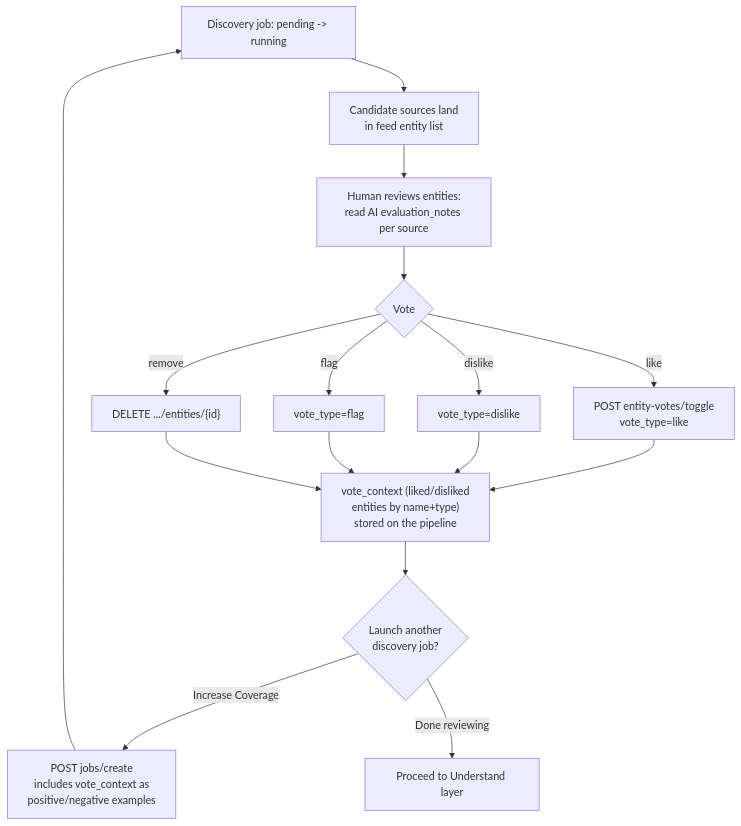
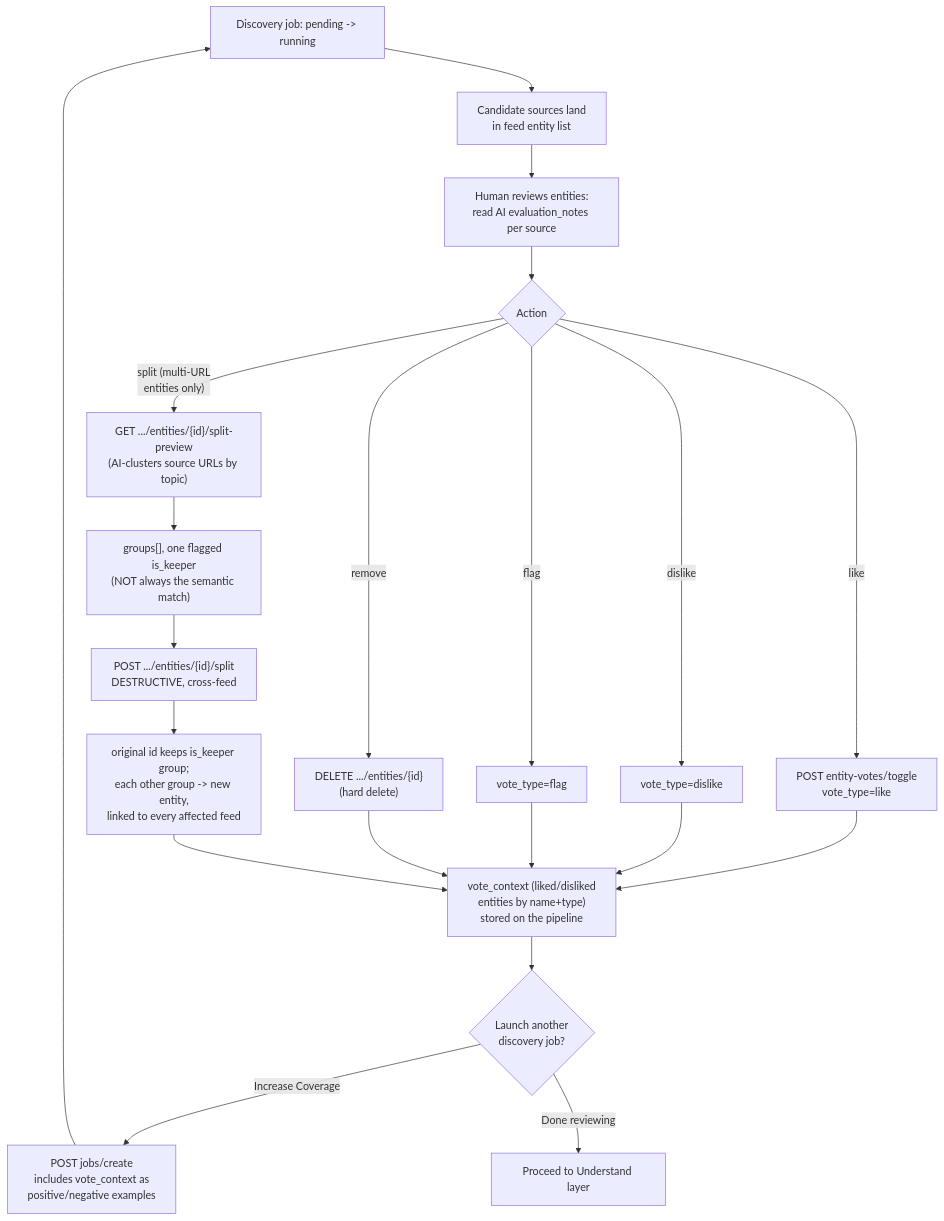
Before and after one commit to FilterLabsAI/ubiquity-skills: the third of 5 diagrams in skills/ubiquity-onboarding/references/flowcharts.md, drawn with Mermaid. The commit also changed other lines of this file and 7 other files, not shown here.

````diff
--- a/skills/ubiquity-onboarding/references/flowcharts.md
+++ b/skills/ubiquity-onboarding/references/flowcharts.md
@@ -48,15 +54,19 @@
 ```mermaid
 flowchart TD
     A["Discovery job: pending -> running"] --> B["Candidate sources land\nin feed entity list"]
     B --> C["Human reviews entities:\nread AI evaluation_notes per source"]
-    C --> D{"Vote"}
+    C --> D{"Action"}
     D -->|like| E["POST entity-votes/toggle\nvote_type=like"]
     D -->|dislike| F["vote_type=dislike"]
     D -->|flag| G["vote_type=flag"]
-    D -->|remove| H["DELETE .../entities/{id}"]
-    E & F & G & H --> I["vote_context (liked/disliked\nentities by name+type)\nstored on the pipeline"]
+    D -->|remove| H["DELETE .../entities/{id}\n(hard delete)"]
+    D -->|"split (multi-URL\nentities only)"| S1["GET .../entities/{id}/split-preview\n(AI-clusters source URLs by topic)"]
+    S1 --> S2["groups[], one flagged is_keeper\n(NOT always the semantic match)"]
+    S2 --> S3["POST .../entities/{id}/split\nDESTRUCTIVE, cross-feed"]
+    S3 --> S4["original id keeps is_keeper group;\neach other group -> new entity,\nlinked to every affected feed"]
+    E & F & G & H & S4 --> I["vote_context (liked/disliked\nentities by name+type)\nstored on the pipeline"]
     I --> J{"Launch another\ndiscovery job?"}
     J -->|"Increase Coverage"| K["POST jobs/create\nincludes vote_context as\npositive/negative examples"]
     K --> A
     J -->|"Done reviewing"| L["Proceed to Understand layer"]
 ```
````
